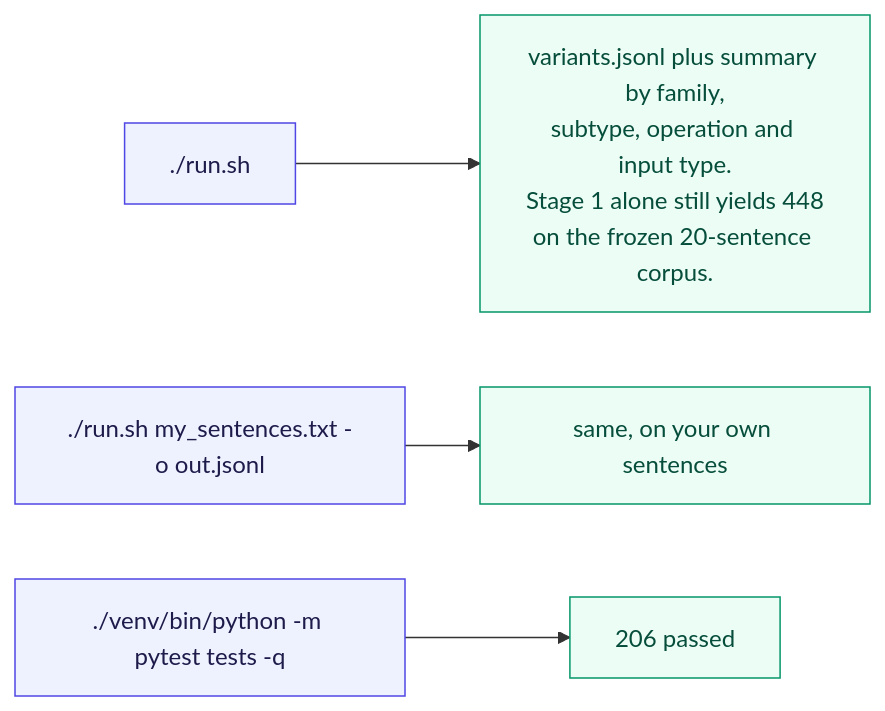
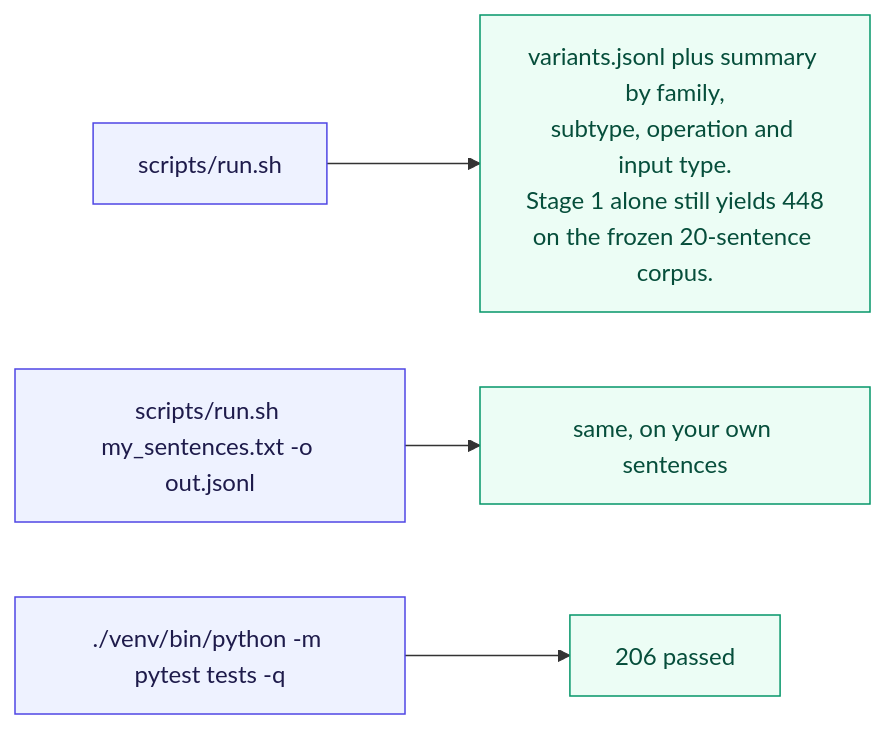
The sixth of 6 diagrams in docs/status.md (aryansharma2k4/negation-evaluation), drawn with Mermaid before and after one commit. The commit also changed other lines of this file and 343 other files, not shown here.

````diff
--- a/docs/status.md
+++ b/docs/status.md
@@ -152,11 +152,11 @@
 ```mermaid
 flowchart LR
-    CMD1["./run.sh"] --> OUT1["variants.jsonl plus summary by family,<br/>subtype, operation and input type.<br/>Stage 1 alone still yields 448<br/>on the frozen 20-sentence corpus."]
-    CMD2["./run.sh my_sentences.txt -o out.jsonl"] --> OUT2["same, on your own sentences"]
+    CMD1["scripts/run.sh"] --> OUT1["variants.jsonl plus summary by family,<br/>subtype, operation and input type.<br/>Stage 1 alone still yields 448<br/>on the frozen 20-sentence corpus."]
+    CMD2["scripts/run.sh my_sentences.txt -o out.jsonl"] --> OUT2["same, on your own sentences"]
     CMD3["./venv/bin/python -m pytest tests -q"] --> OUT3["206 passed"]
 
     classDef cmd fill:#eef2ff,stroke:#4f46e5,color:#1e1b4b
     classDef done fill:#ecfdf5,stroke:#059669,color:#064e3b
     class CMD1,CMD2,CMD3 cmd
     class OUT1,OUT2,OUT3 done
 ```
````
